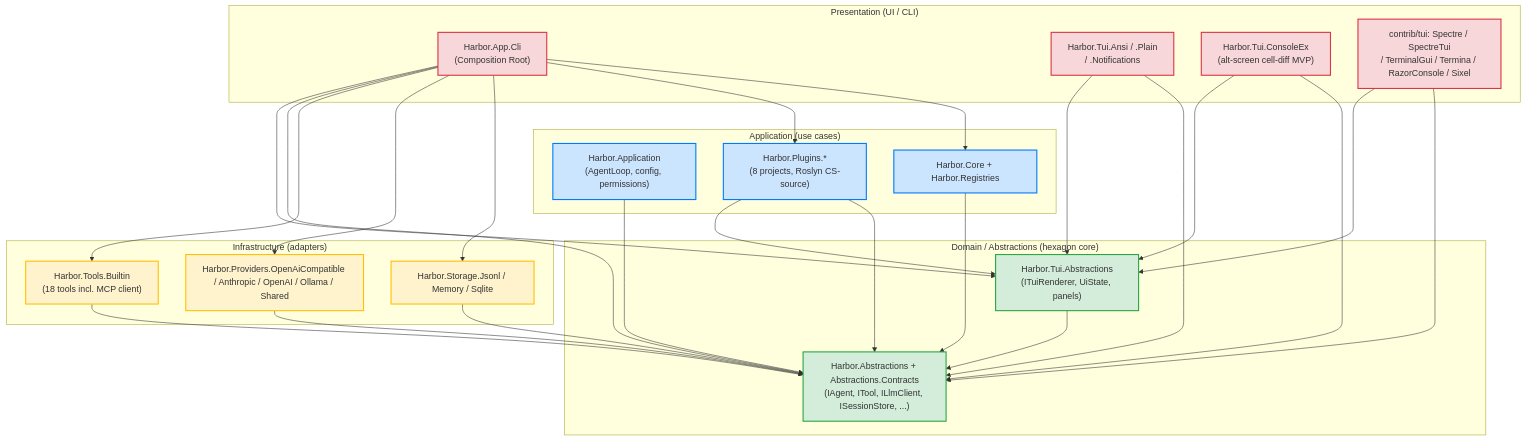
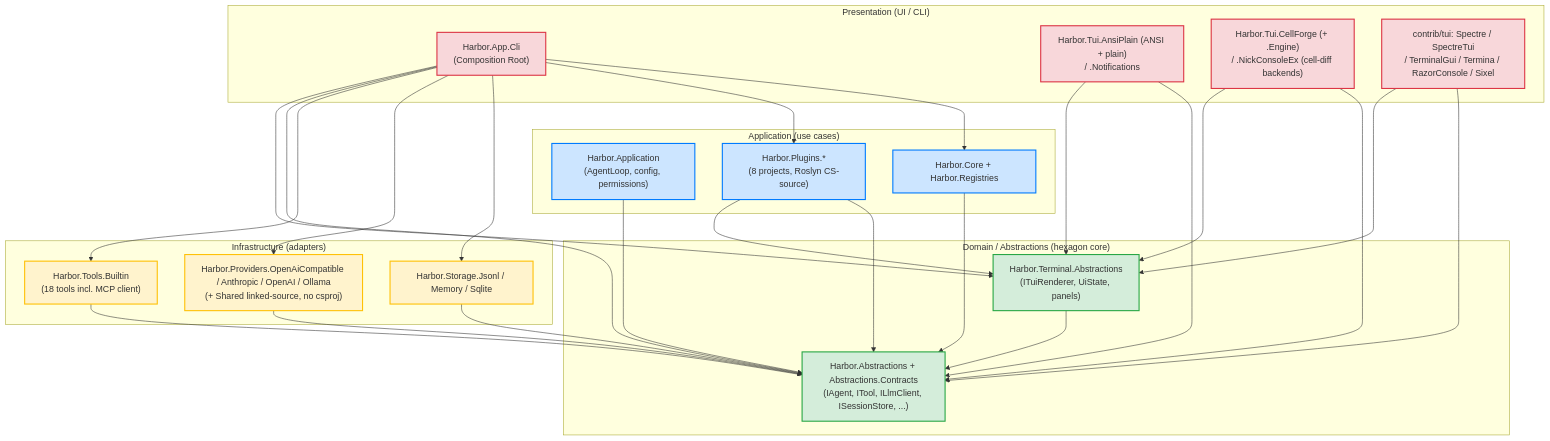
One commit to refusedguy/Harbor-Harness changed the diagram in docs/ARCHITECTURE_LAYERS.md. Above: the diagram before and after it, drawn with Mermaid. The commit also changed other lines of this file and 1 other file, not shown here.

First line of the commit message:
docs: fix structure drift in AGENTS.md and ARCHITECTURE_LAYERS.md (part of #96)

````diff
--- a/docs/ARCHITECTURE_LAYERS.md
+++ b/docs/ARCHITECTURE_LAYERS.md
@@ -137,62 +137,62 @@
 ```mermaid
 flowchart TB
     subgraph Pres["Presentation (UI / CLI)"]
         Cli["Harbor.App.Cli<br/>(Composition Root)"]
-        TuiAnsi["Harbor.Tui.Ansi / .Plain<br/>/ .Notifications"]
-        TuiConsoleEx["Harbor.Tui.ConsoleEx<br/>(alt-screen cell-diff MVP)"]
+        TuiAnsi["Harbor.Tui.AnsiPlain (ANSI + plain)<br/>/ .Notifications"]
+        TuiConsoleEx["Harbor.Tui.CellForge (+ .Engine)<br/>/ .NickConsoleEx (cell-diff backends)"]
         TuiContrib["contrib/tui: Spectre / SpectreTui<br/>/ TerminalGui / Termina / RazorConsole / Sixel"]
     end
 
     subgraph App["Application (use cases)"]
         AppLayer["Harbor.Application<br/>(AgentLoop, config, permissions)"]
         Core["Harbor.Core + Harbor.Registries"]
         Plugins["Harbor.Plugins.*<br/>(8 projects, Roslyn CS-source)"]
     end
 
     subgraph Infra["Infrastructure (adapters)"]
         Storage["Harbor.Storage.Jsonl / Memory / Sqlite"]
-        Providers["Harbor.Providers.OpenAiCompatible / Anthropic / OpenAI / Ollama / Shared"]
+        Providers["Harbor.Providers.OpenAiCompatible / Anthropic / OpenAI / Ollama<br/>(+ Shared linked-source, no csproj)"]
         Tools["Harbor.Tools.Builtin<br/>(18 tools incl. MCP client)"]
     end
 
     subgraph Domain["Domain / Abstractions (hexagon core)"]
         Abs["Harbor.Abstractions + Abstractions.Contracts<br/>(IAgent, ITool, ILlmClient, ISessionStore, ...)"]
-        TuiAbs["Harbor.Tui.Abstractions<br/>(ITuiRenderer, UiState, panels)"]
+        TuiAbs["Harbor.Terminal.Abstractions<br/>(ITuiRenderer, UiState, panels)"]
     end
 
     Cli --> Core
     Cli --> Plugins
     Cli --> Storage
     Cli --> Providers
     Cli --> Tools
     Cli --> Abs
     Cli --> TuiAbs
 
     TuiAnsi --> Abs
     TuiAnsi --> TuiAbs
     TuiConsoleEx --> Abs
     TuiConsoleEx --> TuiAbs
     TuiContrib --> Abs
     TuiContrib --> TuiAbs
 
     AppLayer --> Abs
     Core --> Abs
     Plugins --> Abs
     Plugins --> TuiAbs
 
     Storage --> Abs
     Providers --> Abs
     Tools --> Abs
 
     TuiAbs --> Abs
 
     classDef domain fill:#d4edda,stroke:#28a745,stroke-width:2px
     classDef app fill:#cce5ff,stroke:#007bff,stroke-width:2px
     classDef infra fill:#fff3cd,stroke:#ffc107,stroke-width:2px
     classDef pres fill:#f8d7da,stroke:#dc3545,stroke-width:2px
 
     class Abs,TuiAbs domain
     class AppLayer,Core,Plugins app
     class Storage,Providers,Tools infra
     class Cli,TuiAnsi,TuiConsoleEx,TuiContrib pres
 ```
````
